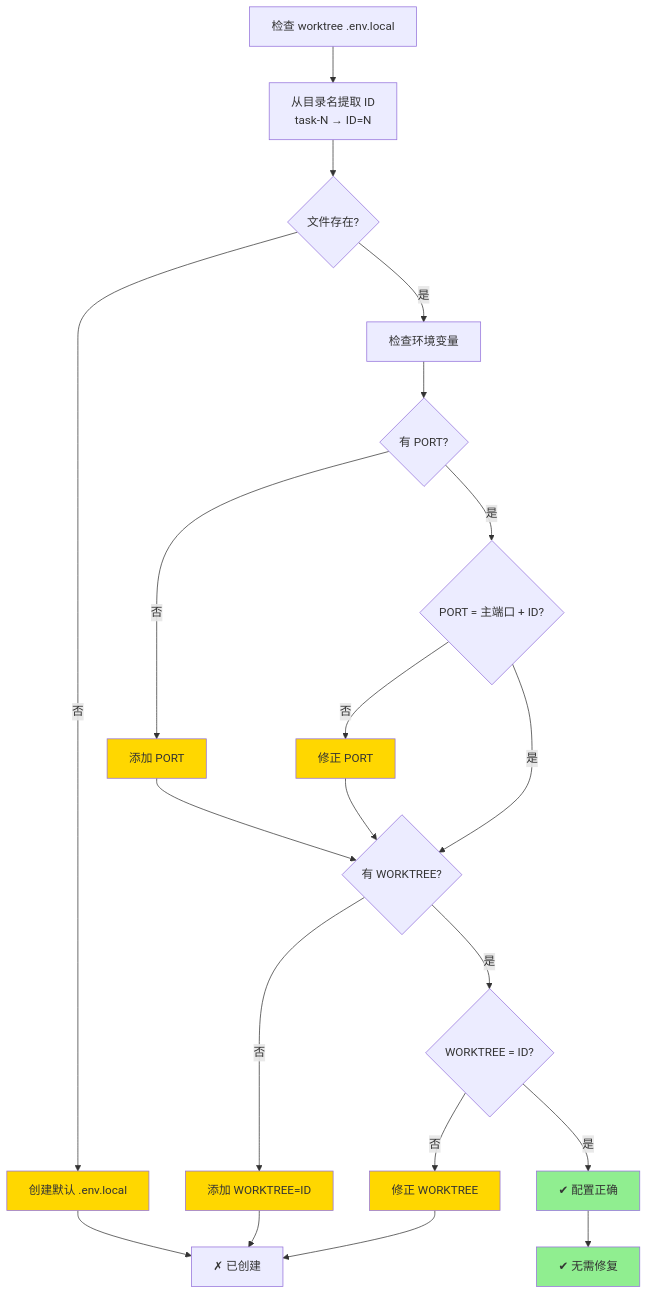
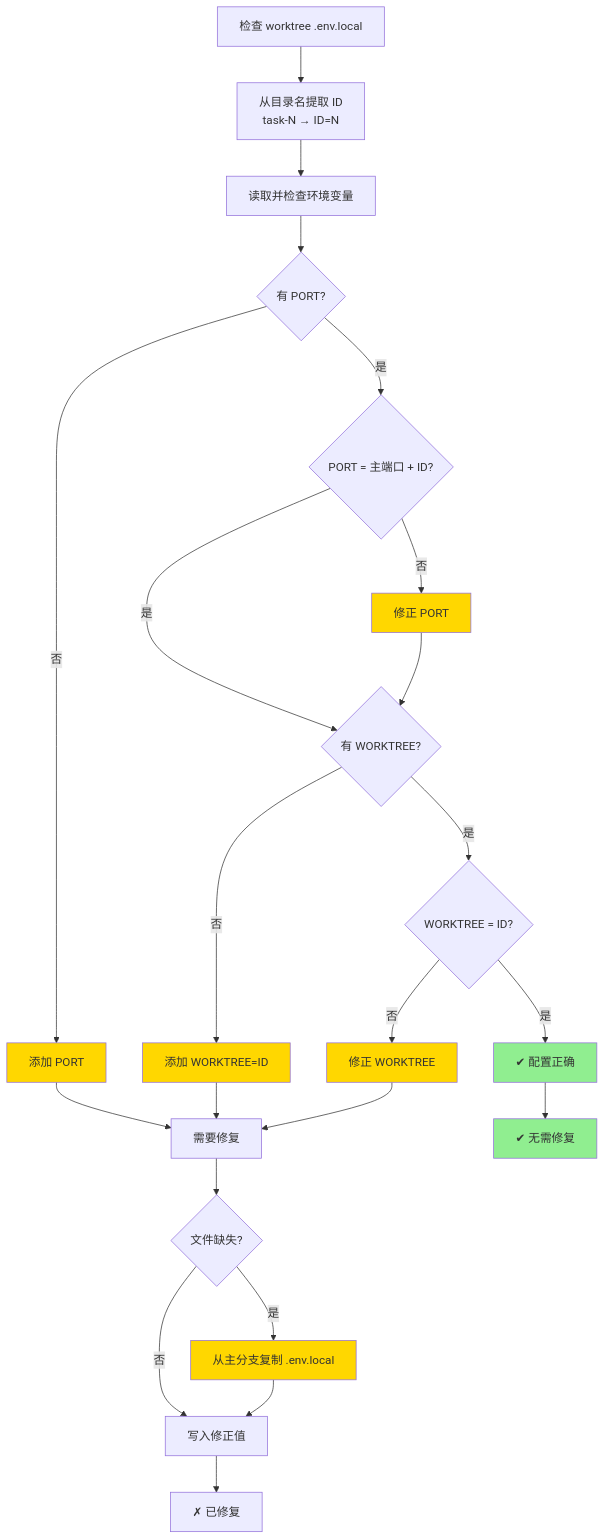
Before and after one commit to colin-han/colyn: the third of 4 diagrams in docs/zh-CN/develop/design/commands/design-repair-command.md, drawn with Mermaid. The commit also changed other lines of this file and 44 other files, not shown here.

````diff
--- a/docs/zh-CN/develop/design/commands/design-repair-command.md
+++ b/docs/zh-CN/develop/design/commands/design-repair-command.md
@@ -247,38 +247,40 @@
 ```mermaid
 graph TD
     Start[检查 worktree .env.local] --> GetID[从目录名提取 ID<br/>task-N → ID=N]
 
-    GetID --> FileExists{文件存在?}
-    FileExists -->|否| CreateFile[创建默认 .env.local]
-    FileExists -->|是| CheckVars[检查环境变量]
-
-    CreateFile --> End[✗ 已创建]
+    GetID --> CheckVars[读取并检查环境变量]
 
     CheckVars --> HasPort{有 PORT?}
     HasPort -->|否| AddPort[添加 PORT]
     HasPort -->|是| PortCorrect{PORT = 主端口 + ID?}
 
     PortCorrect -->|否| FixPort[修正 PORT]
     PortCorrect -->|是| HasWT{有 WORKTREE?}
 
-    AddPort --> HasWT
+    AddPort --> NeedFix
     FixPort --> HasWT
 
     HasWT -->|否| AddWT[添加 WORKTREE=ID]
     HasWT -->|是| WTCorrect{WORKTREE = ID?}
 
     WTCorrect -->|否| FixWT[修正 WORKTREE]
     WTCorrect -->|是| AllOK[✔ 配置正确]
 
-    AddWT --> End
-    FixWT --> End
+    AddWT --> NeedFix
+    FixWT --> NeedFix
+
+    NeedFix[需要修复] --> FileMissing{文件缺失?}
+    FileMissing -->|是| CopyFromMain[从主分支复制 .env.local]
+    FileMissing -->|否| WriteFix[写入修正值]
+    CopyFromMain --> WriteFix
+    WriteFix --> End[✗ 已修复]
     AllOK --> End2[✔ 无需修复]
 
-    style CreateFile fill:#FFD700
     style AddPort fill:#FFD700
     style FixPort fill:#FFD700
     style AddWT fill:#FFD700
     style FixWT fill:#FFD700
+    style CopyFromMain fill:#FFD700
     style AllOK fill:#90EE90
     style End2 fill:#90EE90
 ```
````
